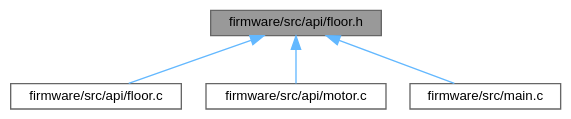
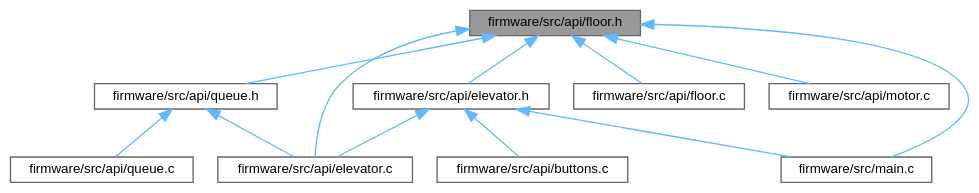
Before and after one commit to Ghaadyy/elevator-controller: the diagram in dev/floor_8h__dep__incl.dot, drawn with Graphviz. The commit also changed 228 other files, not shown here.

```diff
--- a/dev/floor_8h__dep__incl.dot
+++ b/dev/floor_8h__dep__incl.dot
@@ -1,14 +1,27 @@
 digraph "firmware/src/api/floor.h"
 {
  // LATEX_PDF_SIZE
   bgcolor="transparent";
   edge [fontname=Helvetica,fontsize=10,labelfontname=Helvetica,labelfontsize=10];
   node [fontname=Helvetica,fontsize=10,shape=box,height=0.2,width=0.4];
   Node1 [id="Node000001",label="firmware/src/api/floor.h",height=0.2,width=0.4,color="gray40", fillcolor="grey60", style="filled", fontcolor="black",tooltip="The API to access the elevator's floor state."];
   Node1 -> Node2 [id="edge1_Node000001_Node000002",dir="back",color="steelblue1",style="solid",tooltip=" "];
-  Node2 [id="Node000002",label="firmware/src/api/floor.c",height=0.2,width=0.4,color="grey40", fillcolor="white", style="filled",URL="$floor_8c.html",tooltip="Implementation of the floor monitor API."];
+  Node2 [id="Node000002",label="firmware/src/api/elevator.c",height=0.2,width=0.4,color="grey40", fillcolor="white", style="filled",URL="$elevator_8c.html",tooltip="The scheduler for the elevator."];
   Node1 -> Node3 [id="edge2_Node000001_Node000003",dir="back",color="steelblue1",style="solid",tooltip=" "];
-  Node3 [id="Node000003",label="firmware/src/api/motor.c",height=0.2,width=0.4,color="grey40", fillcolor="white", style="filled",URL="$motor_8c.html",tooltip=" "];
-  Node1 -> Node4 [id="edge3_Node000001_Node000004",dir="back",color="steelblue1",style="solid",tooltip=" "];
-  Node4 [id="Node000004",label="firmware/src/main.c",height=0.2,width=0.4,color="grey40", fillcolor="white", style="filled",URL="$main_8c.html",tooltip=" "];
+  Node3 [id="Node000003",label="firmware/src/api/elevator.h",height=0.2,width=0.4,color="grey40", fillcolor="white", style="filled",URL="$elevator_8h.html",tooltip="The elevator scheduler API."];
+  Node3 -> Node4 [id="edge3_Node000003_Node000004",dir="back",color="steelblue1",style="solid",tooltip=" "];
+  Node4 [id="Node000004",label="firmware/src/api/buttons.c",height=0.2,width=0.4,color="grey40", fillcolor="white", style="filled",URL="$buttons_8c.html",tooltip=" "];
+  Node3 -> Node2 [id="edge4_Node000003_Node000002",dir="back",color="steelblue1",style="solid",tooltip=" "];
+  Node3 -> Node5 [id="edge5_Node000003_Node000005",dir="back",color="steelblue1",style="solid",tooltip=" "];
+  Node5 [id="Node000005",label="firmware/src/main.c",height=0.2,width=0.4,color="grey40", fillcolor="white", style="filled",URL="$main_8c.html",tooltip=" "];
+  Node1 -> Node6 [id="edge6_Node000001_Node000006",dir="back",color="steelblue1",style="solid",tooltip=" "];
+  Node6 [id="Node000006",label="firmware/src/api/floor.c",height=0.2,width=0.4,color="grey40", fillcolor="white", style="filled",URL="$floor_8c.html",tooltip="Implementation of the floor monitor API."];
+  Node1 -> Node7 [id="edge7_Node000001_Node000007",dir="back",color="steelblue1",style="solid",tooltip=" "];
+  Node7 [id="Node000007",label="firmware/src/api/motor.c",height=0.2,width=0.4,color="grey40", fillcolor="white", style="filled",URL="$motor_8c.html",tooltip=" "];
+  Node1 -> Node8 [id="edge8_Node000001_Node000008",dir="back",color="steelblue1",style="solid",tooltip=" "];
+  Node8 [id="Node000008",label="firmware/src/api/queue.h",height=0.2,width=0.4,color="grey40", fillcolor="white", style="filled",URL="$queue_8h.html",tooltip=" "];
+  Node8 -> Node2 [id="edge9_Node000008_Node000002",dir="back",color="steelblue1",style="solid",tooltip=" "];
+  Node8 -> Node9 [id="edge10_Node000008_Node000009",dir="back",color="steelblue1",style="solid",tooltip=" "];
+  Node9 [id="Node000009",label="firmware/src/api/queue.c",height=0.2,width=0.4,color="grey40", fillcolor="white", style="filled",URL="$queue_8c.html",tooltip=" "];
+  Node1 -> Node5 [id="edge11_Node000001_Node000005",dir="back",color="steelblue1",style="solid",tooltip=" "];
 }
```
